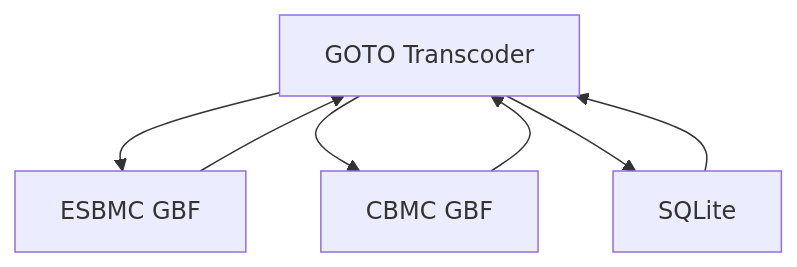
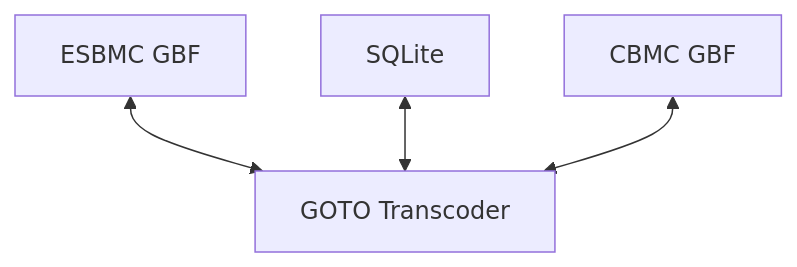
Before and after one commit to rafaelsamenezes/goto-transcoder: the diagram in README.md, drawn with Mermaid.

````diff
--- a/README.md
+++ b/README.md
@@ -5,10 +5,7 @@
 ```mermaid
 flowchart TD
     C[GOTO Transcoder]
-    A[ESBMC GBF] --> C[GOTO Transcoder]
-    S[SQLite] --> C
-    B[CBMC GBF] --> C
-    C --> A
-    C --> B
-    C --> S
+    A[ESBMC GBF] <--> C[GOTO Transcoder]
+    S[SQLite] <--> C
+    B[CBMC GBF] <--> C
 ```
````
